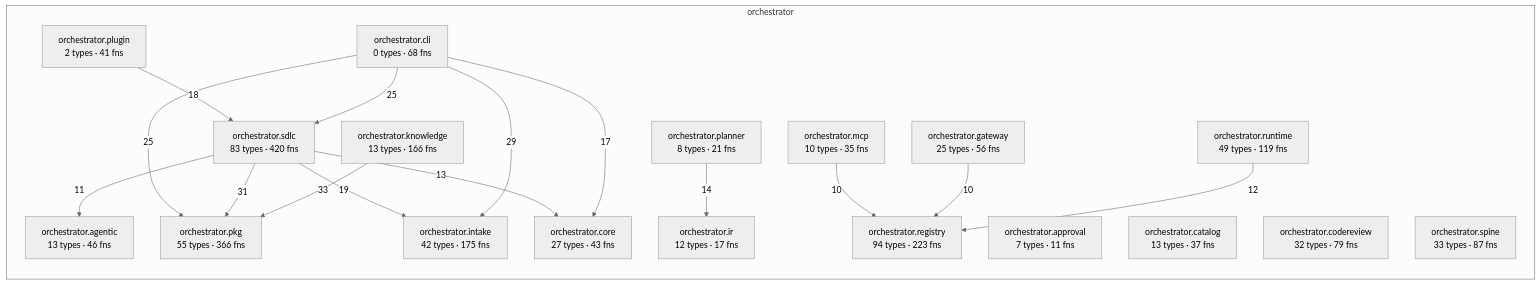
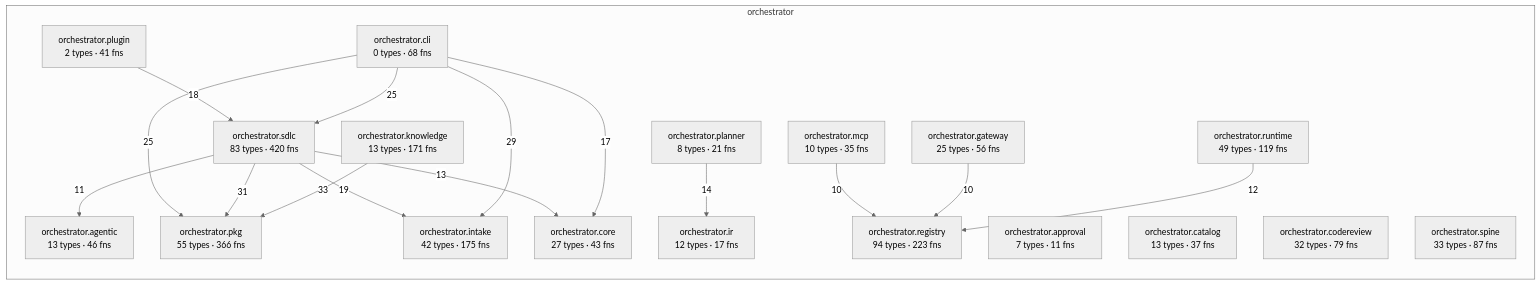
One commit to synaptixs/spine changed the diagram in episteme/architecture.md. Above: the diagram before and after it, drawn with Mermaid (neutral theme). The commit also changed other lines of this file and 7 other files, not shown here.

````diff
--- a/episteme/architecture.md
+++ b/episteme/architecture.md
@@ -54,37 +54,37 @@
 ```mermaid
 flowchart LR
   subgraph z_orchestrator["orchestrator"]
     aorchestratoragentic["orchestrator.agentic<br/>13 types · 46 fns"]
     aorchestratorapproval["orchestrator.approval<br/>7 types · 11 fns"]
     aorchestratorcatalog["orchestrator.catalog<br/>13 types · 37 fns"]
     aorchestratorcli["orchestrator.cli<br/>0 types · 68 fns"]
     aorchestratorcodereview["orchestrator.codereview<br/>32 types · 79 fns"]
     aorchestratorcore["orchestrator.core<br/>27 types · 43 fns"]
     aorchestratorgateway["orchestrator.gateway<br/>25 types · 56 fns"]
     aorchestratorintake["orchestrator.intake<br/>42 types · 175 fns"]
     aorchestratorir["orchestrator.ir<br/>12 types · 17 fns"]
-    aorchestratorknowledge["orchestrator.knowledge<br/>13 types · 166 fns"]
+    aorchestratorknowledge["orchestrator.knowledge<br/>13 types · 171 fns"]
     aorchestratormcp["orchestrator.mcp<br/>10 types · 35 fns"]
     aorchestratorpkg["orchestrator.pkg<br/>55 types · 366 fns"]
     aorchestratorplanner["orchestrator.planner<br/>8 types · 21 fns"]
     aorchestratorplugin["orchestrator.plugin<br/>2 types · 41 fns"]
     aorchestratorregistry["orchestrator.registry<br/>94 types · 223 fns"]
     aorchestratorruntime["orchestrator.runtime<br/>49 types · 119 fns"]
     aorchestratorsdlc["orchestrator.sdlc<br/>83 types · 420 fns"]
     aorchestratorspine["orchestrator.spine<br/>33 types · 87 fns"]
   end
   aorchestratorknowledge -->|33| aorchestratorpkg
   aorchestratorsdlc -->|31| aorchestratorpkg
   aorchestratorcli -->|29| aorchestratorintake
   aorchestratorcli -->|25| aorchestratorsdlc
   aorchestratorcli -->|25| aorchestratorpkg
   aorchestratorsdlc -->|19| aorchestratorintake
   aorchestratorplugin -->|18| aorchestratorsdlc
   aorchestratorcli -->|17| aorchestratorcore
   aorchestratorplanner -->|14| aorchestratorir
   aorchestratorsdlc -->|13| aorchestratorcore
   aorchestratorruntime -->|12| aorchestratorregistry
   aorchestratorsdlc -->|11| aorchestratoragentic
   aorchestratorgateway -->|10| aorchestratorregistry
   aorchestratormcp -->|10| aorchestratorregistry
 ```
````
